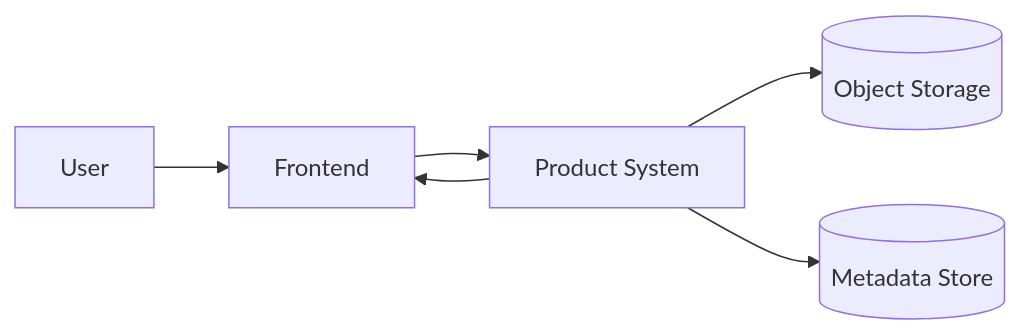
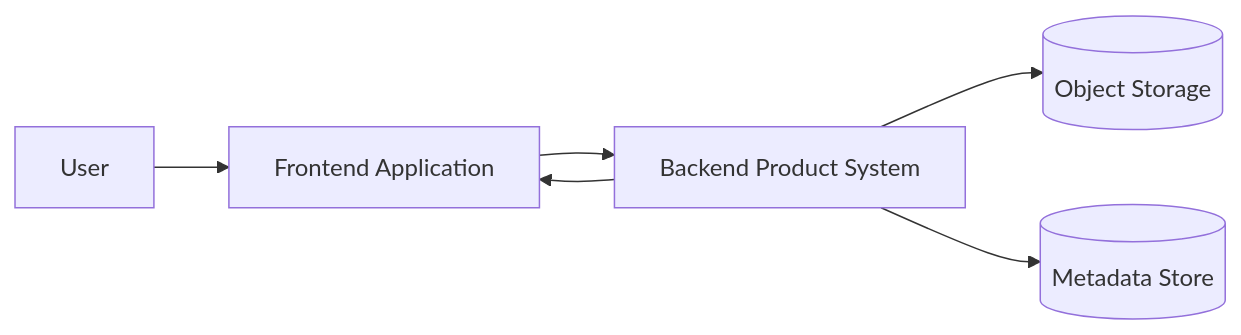
The diagram in docs/architecture/system-context.md (AnaKies/music-app), drawn with Mermaid before and after one commit. The commit also changed other lines of this file and 14 other files, not shown here.

Commit message:
docs: add frontend and python backend implementation plans

````diff
--- a/docs/architecture/system-context.md
+++ b/docs/architecture/system-context.md
@@ -55,8 +63,8 @@
 ```mermaid
 flowchart LR
-    U[User] --> FE[Frontend]
-    FE --> PS[Product System]
+    U[User] --> FE[Frontend Application]
+    FE --> PS[Backend Product System]
     PS --> OS[(Object Storage)]
     PS --> DB[(Metadata Store)]
     PS --> FE
 ```
````
